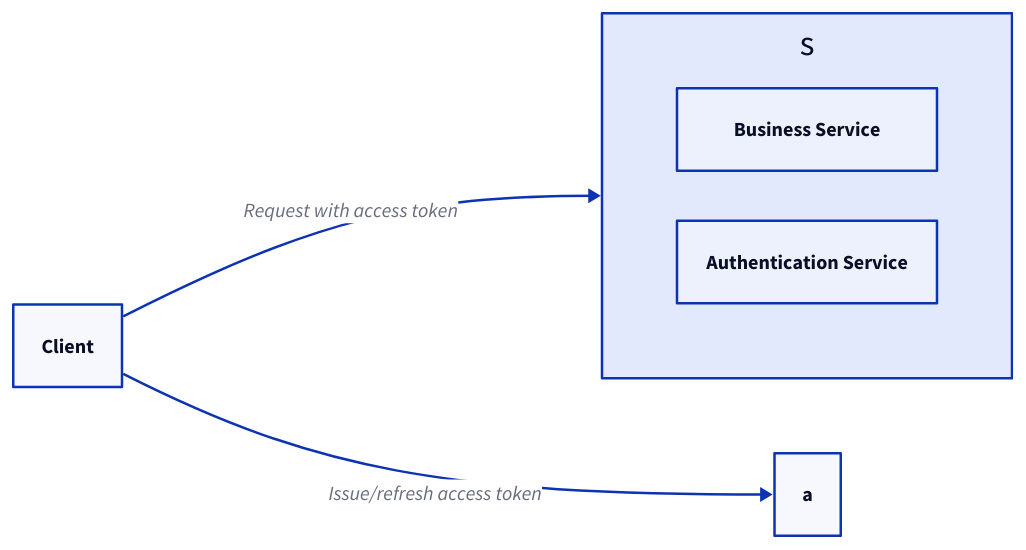
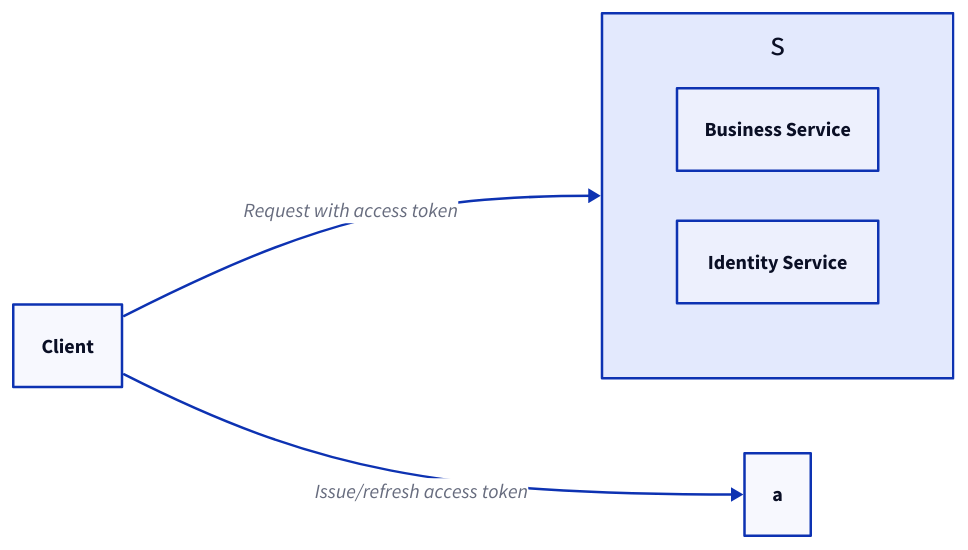
Before and after one commit to link1905/system-design-101: the seventh of 25 diagrams in content/docs/system-administration/system-protection/iam.md, drawn with D2. The commit also changed other lines of this file and 9 other files, not shown here.

````diff
--- a/content/docs/system-administration/system-protection/iam.md
+++ b/content/docs/system-administration/system-protection/iam.md
@@ -367,21 +339,21 @@
 ```d2
 direction: right
 
 c: Client {
   class: client
 }
 
 s: {
   grid-rows: 2
   class: none
   s: Business Service {
     class: server
   }
-  a: Authentication Service {
+  a: Identity Service {
     class: server
   }
 }
 
 c -> s: Request with access token
 c -> a: Issue/refresh access token
 ```
````
